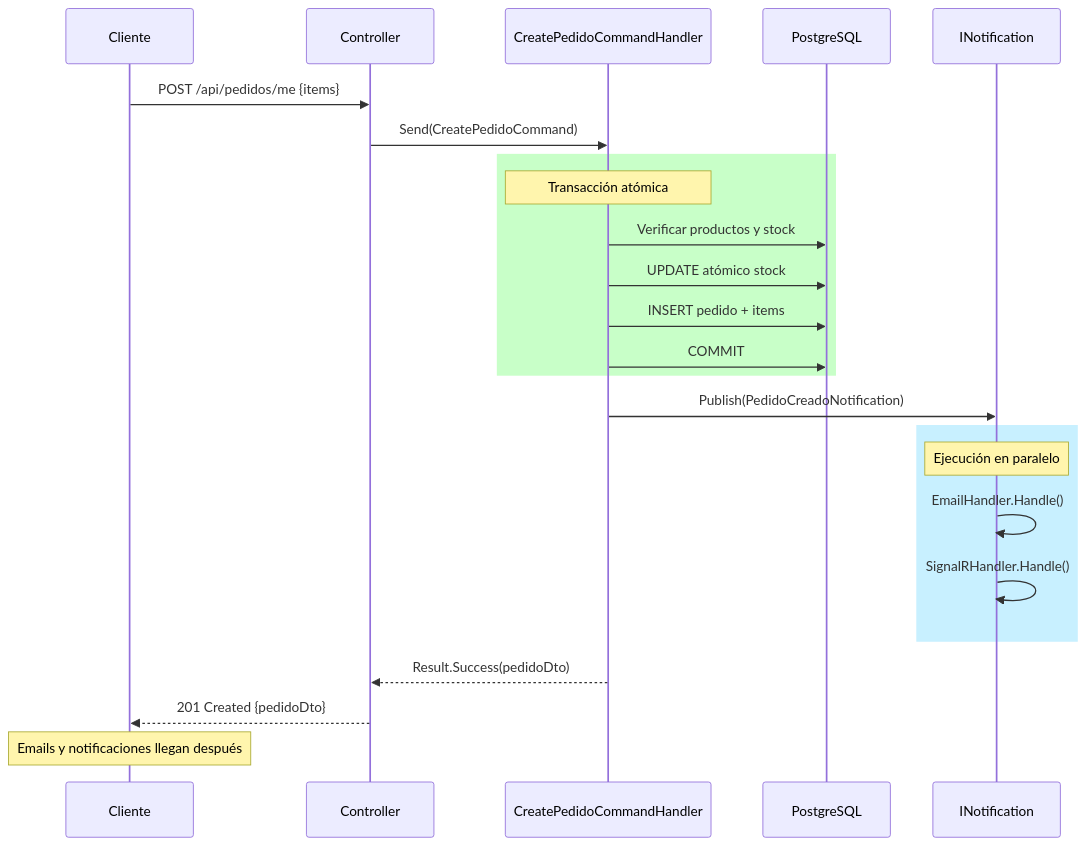
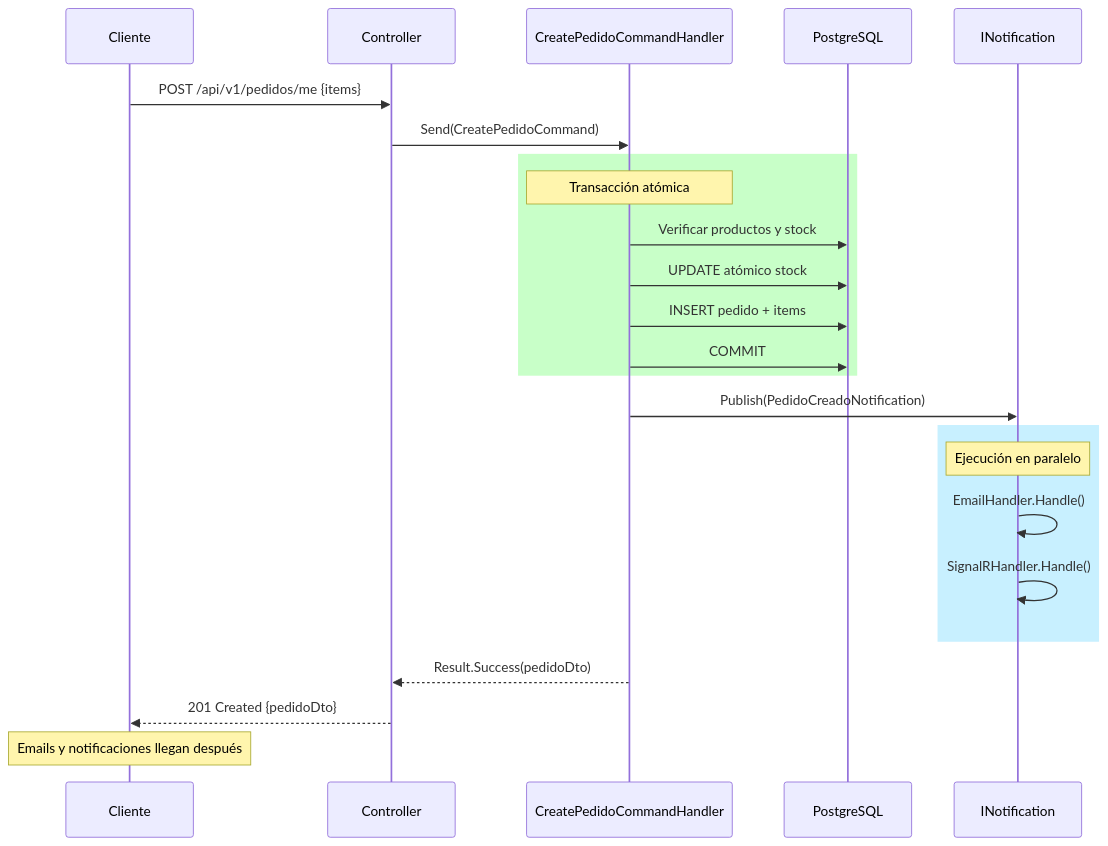
One commit to joseluisgs/TiendaDawApi-Cqrs-MediatR-NetCore changed the ninth of 10 diagrams in doc/15-pedidos-transacciones.md. Above: the diagram before and after it, drawn with Mermaid. The commit also changed other lines of this file and 226 other files, not shown here.

````diff
--- a/doc/15-pedidos-transacciones.md
+++ b/doc/15-pedidos-transacciones.md
@@ -1615,32 +1619,32 @@
 ```mermaid
 sequenceDiagram
     participant Client as Cliente
     participant Ctrl as Controller
     participant Handler as CreatePedidoCommandHandler
     participant DB as PostgreSQL
     participant Notif as INotification
     
-    Client->>Ctrl: POST /api/pedidos/me {items}
+    Client->>Ctrl: POST /api/v1/pedidos/me {items}
     Ctrl->>Handler: Send(CreatePedidoCommand)
     
     rect rgb(200, 255, 200)
         Note over Handler: Transacción atómica
         Handler->>DB: Verificar productos y stock
         Handler->>DB: UPDATE atómico stock
         Handler->>DB: INSERT pedido + items
         Handler->>DB: COMMIT
     end
     
     Handler->>Notif: Publish(PedidoCreadoNotification)
     
     rect rgb(200, 240, 255)
         Note over Notif: Ejecución en paralelo
         Notif->>Notif: EmailHandler.Handle()
         Notif->>Notif: SignalRHandler.Handle()
     end
     
     Handler-->>Ctrl: Result.Success(pedidoDto)
     Ctrl-->>Client: 201 Created {pedidoDto}
     
     Note over Client: Emails y notificaciones llegan después
 ```
````
